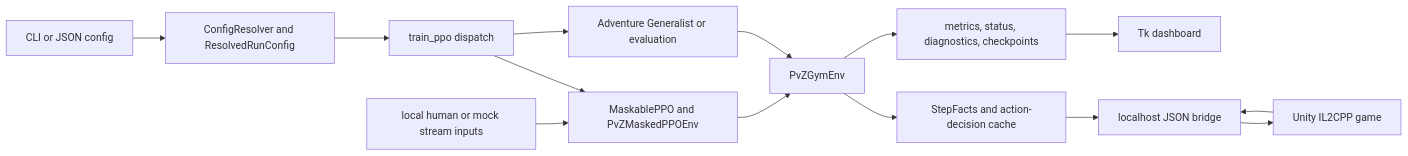
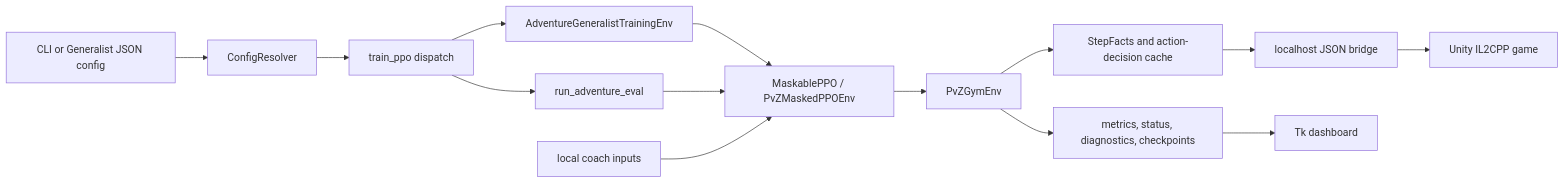
Before and after one commit to lll11lll/PVZ_RL_AGENT: the diagram in AGENTS.md, drawn with Mermaid. The commit also changed other lines of this file and 5 other files, not shown here.

````diff
--- a/AGENTS.md
+++ b/AGENTS.md
@@ -58,16 +54,16 @@
 ```mermaid
 flowchart LR
-    CLI["CLI or JSON config"] --> Resolver["ConfigResolver and ResolvedRunConfig"]
-    Resolver --> Train["train_ppo dispatch"]
-    Train --> SB3["MaskablePPO and PvZMaskedPPOEnv"]
-    Train --> Adventure["Adventure Generalist or evaluation"]
+    CLI["CLI or Generalist JSON config"] --> Resolver["ConfigResolver"]
+    Resolver --> Dispatch["train_ppo dispatch"]
+    Dispatch --> Train["AdventureGeneralistTrainingEnv"]
+    Dispatch --> Eval["run_adventure_eval"]
+    Train --> SB3["MaskablePPO / PvZMaskedPPOEnv"]
+    Eval --> SB3
     SB3 --> Env["PvZGymEnv"]
-    Adventure --> Env
     Env --> Cache["StepFacts and action-decision cache"]
     Cache --> Bridge["localhost JSON bridge"]
     Bridge --> Game["Unity IL2CPP game"]
-    Game --> Bridge
     Env --> Artifacts["metrics, status, diagnostics, checkpoints"]
     Artifacts --> GUI["Tk dashboard"]
-    Coach["local human or mock stream inputs"] --> SB3
+    Coach["local coach inputs"] --> SB3
 ```
````
